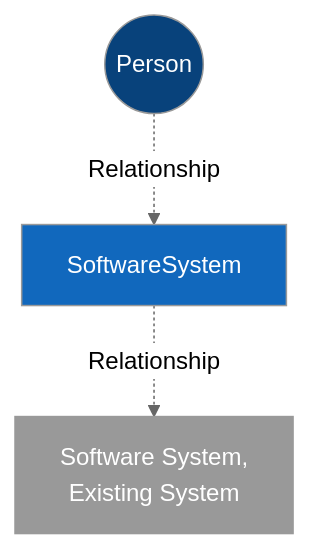
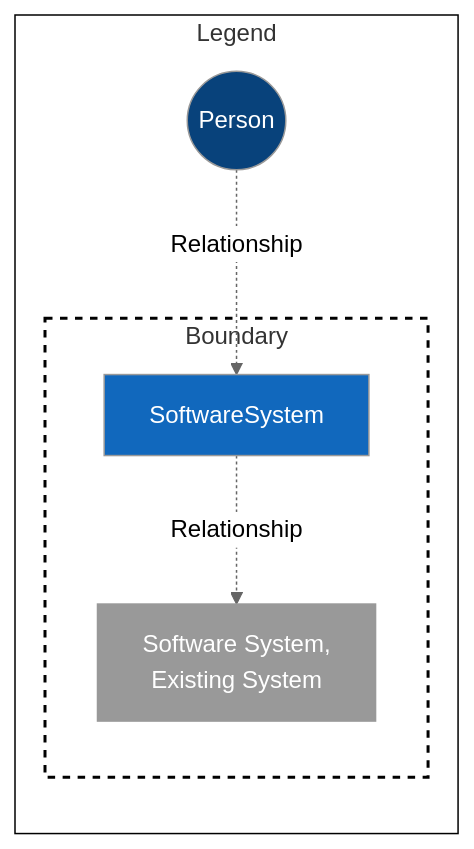
Before and after one commit to sebastian-bergt/c4model_mermaid: the diagram in README.md, drawn with Mermaid (neutral theme). The commit also changed other lines of this file, not shown here.

Commit message:
Update README.md
added Legend and Boundary

````diff
--- a/README.md
+++ b/README.md
@@ -8,10 +8,18 @@
 ```mermaid
-graph TD
+graph LR
     %% C4 classes c4model.com%%
     classDef person fill:#08427b,color:#FFF;
     classDef software fill:#1168bd,color:#FFF;
     classDef existing fill:#999999,color:#FFF;
+    classDef boundary fill:#FFF,stroke:#000,stroke-width:2px,stroke-dasharray: 5 5;
+    classDef frame fill:#FFF,stroke:#000
 
-    Person((Person)):::person-.->|Relationship| SoftwareSystem:::software
-    SoftwareSystem-.->|Relationship| ExistingSystem["Software System,<br>Existing System"]:::existing
+    subgraph Legend
+        Person((Person)):::person-.->|Relationship| SoftwareSystem:::software
+        subgraph Boundary
+            SoftwareSystem-.->|Relationship| ExistingSystem["Software System,<br>Existing System"]:::existing
+        end
+        class Boundary boundary
+    end
+    class Legend frame
 ```
````
